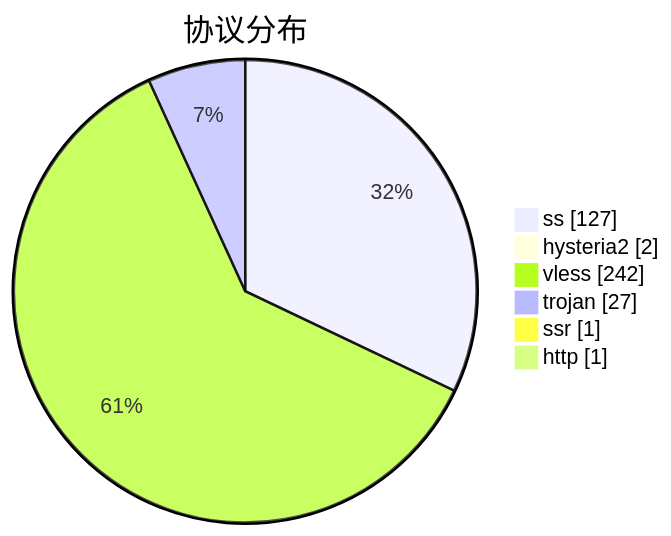
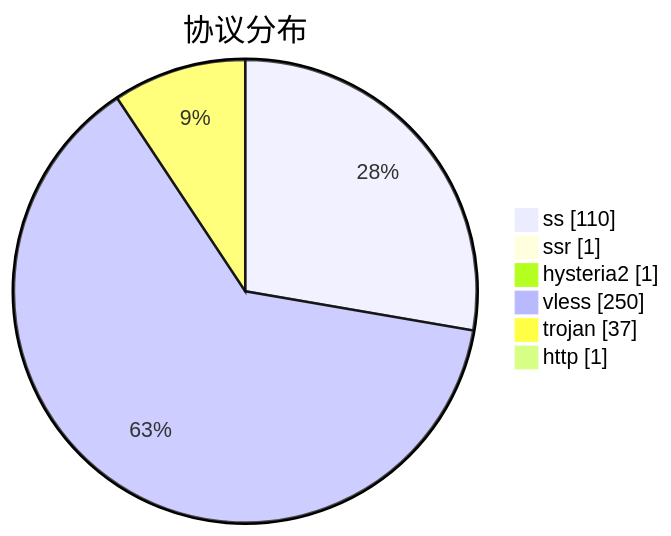
One commit to qjlxg/airport changed the third of 3 diagrams in subs/statistics/tested_within.md. Above: the diagram before and after it, drawn with Mermaid. The commit also changed other lines of this file and 2 other files, not shown here.

````diff
--- a/subs/statistics/tested_within.md
+++ b/subs/statistics/tested_within.md
@@ -18,10 +19,10 @@
 ```mermaid
 pie showData
 title 协议分布
-"ss" : 127
-"hysteria2" : 2
-"vless" : 242
-"trojan" : 27
+"ss" : 110
 "ssr" : 1
+"hysteria2" : 1
+"vless" : 250
+"trojan" : 37
 "http" : 1
 ```
````
